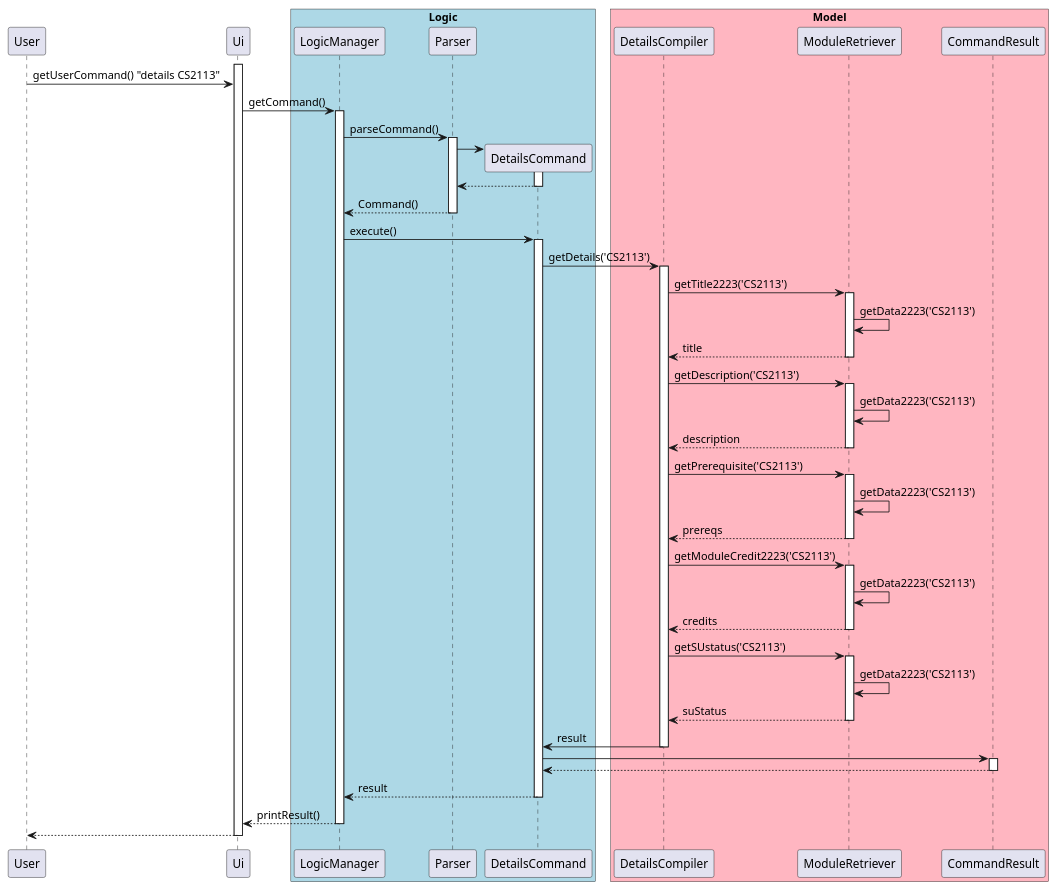
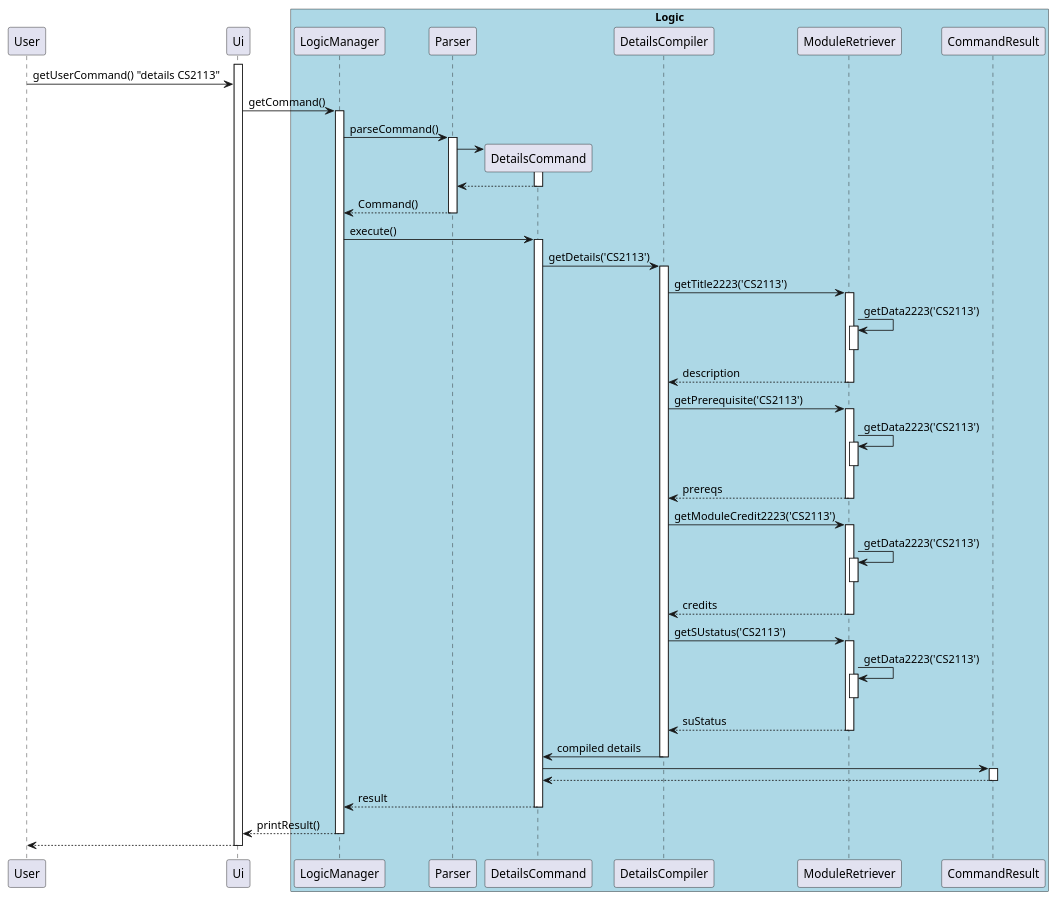
Before and after one commit to sriram-senthilkr/tp: the diagram in docs/uml/sourcecode/DetailsSequence.puml, drawn with PlantUML. The commit also changed 4 other files, not shown here.

Commit message:
Add Details Sequence, and refactor 'help' command

```diff
--- a/docs/uml/sourcecode/DetailsSequence.puml
+++ b/docs/uml/sourcecode/DetailsSequence.puml
@@ -1,84 +1,82 @@
 @startuml
 participant User
 
 activate Ui
 User -> Ui: getUserCommand() "details CS2113"
 box "Logic" #LightBlue
 Ui -> LogicManager: getCommand()
 activate LogicManager
 
 LogicManager -> Parser: parseCommand()
 activate Parser
 
 create DetailsCommand
 Parser -> DetailsCommand
 activate DetailsCommand
 
 DetailsCommand --> Parser:
 deactivate DetailsCommand
 
 Parser --> LogicManager: Command()
 deactivate Parser
 
 
 LogicManager -> DetailsCommand: execute()
 activate DetailsCommand
 
-end box
-
-
-box "Model" #LightPink
-
 DetailsCommand -> DetailsCompiler: getDetails('CS2113')
 activate DetailsCompiler
 
 DetailsCompiler -> ModuleRetriever: getTitle2223('CS2113')
 activate ModuleRetriever
+
 ModuleRetriever -> ModuleRetriever: getData2223('CS2113')
-ModuleRetriever --> DetailsCompiler: title
+activate ModuleRetriever
 deactivate ModuleRetriever
-
-DetailsCompiler -> ModuleRetriever: getDescription('CS2113')
-activate ModuleRetriever
-ModuleRetriever -> ModuleRetriever: getData2223('CS2113')
 ModuleRetriever --> DetailsCompiler: description
 deactivate ModuleRetriever
 
 
 DetailsCompiler -> ModuleRetriever: getPrerequisite('CS2113')
 activate ModuleRetriever
 ModuleRetriever -> ModuleRetriever: getData2223('CS2113')
+activate ModuleRetriever
+deactivate ModuleRetriever
 ModuleRetriever --> DetailsCompiler: prereqs
 deactivate ModuleRetriever
 
 
 DetailsCompiler -> ModuleRetriever: getModuleCredit2223('CS2113')
 activate ModuleRetriever
 ModuleRetriever -> ModuleRetriever: getData2223('CS2113')
+activate ModuleRetriever
+deactivate ModuleRetriever
 ModuleRetriever --> DetailsCompiler: credits
 deactivate ModuleRetriever
 
 DetailsCompiler -> ModuleRetriever: getSUstatus('CS2113')
 activate ModuleRetriever
 ModuleRetriever -> ModuleRetriever: getData2223('CS2113')
+activate ModuleRetriever
+deactivate ModuleRetriever
 ModuleRetriever --> DetailsCompiler: suStatus
 deactivate ModuleRetriever
 
-DetailsCompiler -> DetailsCommand: result
+DetailsCompiler -> DetailsCommand: compiled details
 deactivate DetailsCompiler
 
 DetailsCommand -> CommandResult
 activate CommandResult
 CommandResult --> DetailsCommand
 deactivate CommandResult
 
 DetailsCommand --> LogicManager: result
 deactivate DetailsCommand
 
 LogicManager --> Ui: printResult()
 deactivate LogicManager
 
 Ui --> User
 deactivate Ui
 
 @enduml
```
